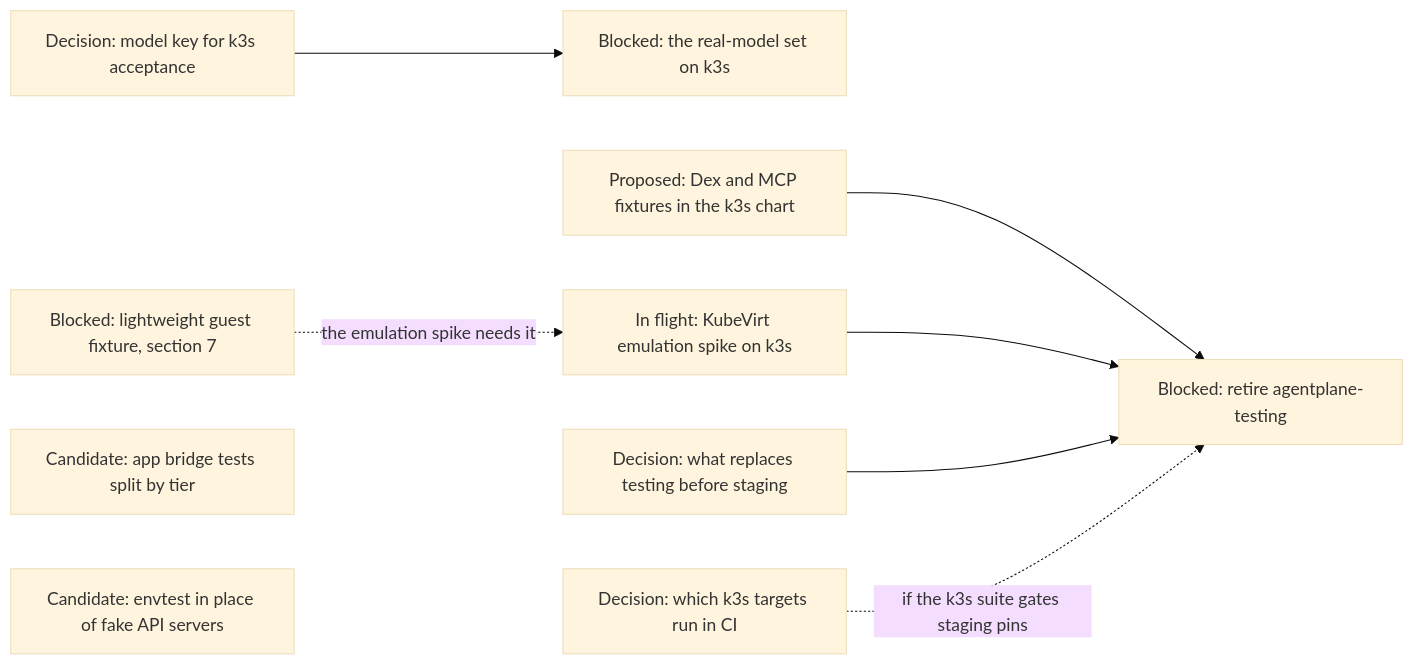
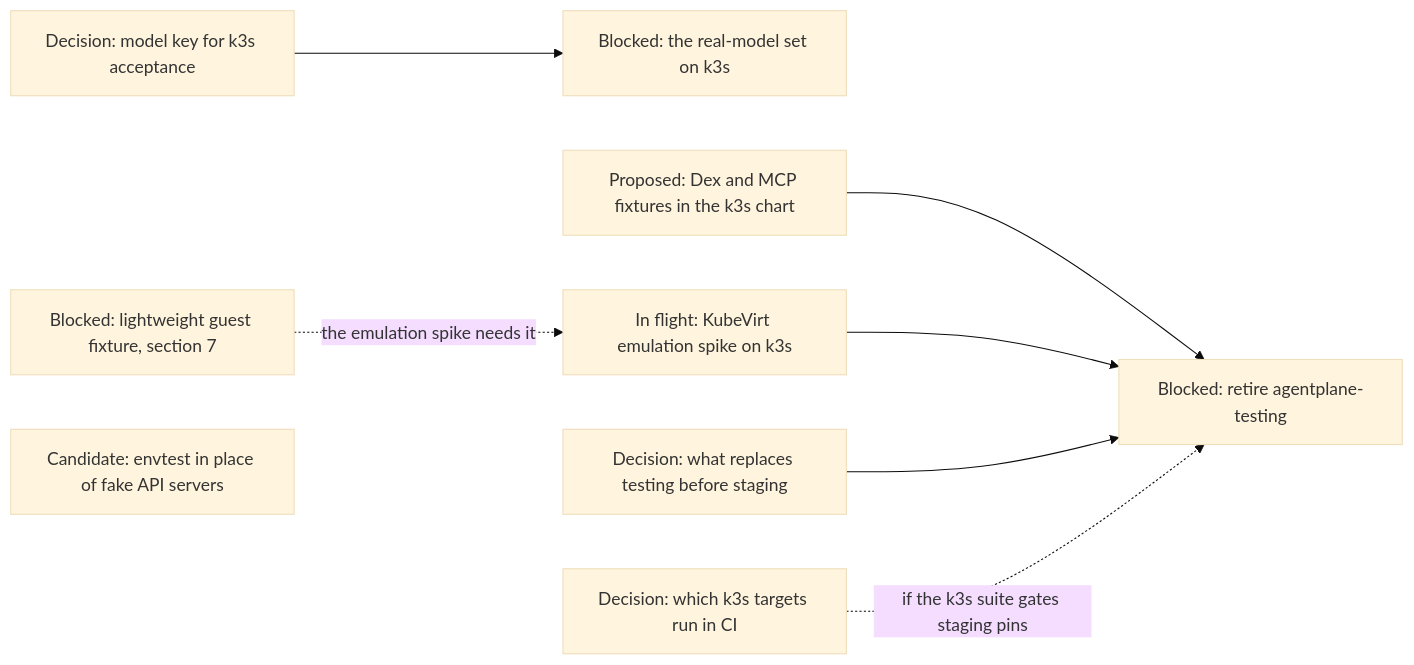
Diagram 17 of 17 in agentplane/plans/task_dag.md (agentydragon-agent/ducktape), drawn with Mermaid (base theme) before and after one commit. The commit also changed other lines of this file and 19 other files, not shown here.

````diff
--- a/agentplane/plans/task_dag.md
+++ b/agentplane/plans/task_dag.md
@@ -1948,19 +1948,18 @@
 ```mermaid
 flowchart LR
     K3S_MODEL_CREDENTIALS[Decision: model key for k3s acceptance]
     K3S_MODEL_SCENARIOS[Blocked: the real-model set on k3s]
     K3S_FIXTURE_IDENTITY[Proposed: Dex and MCP fixtures in the k3s chart]
     K3S_VM_ACCEPTANCE[In flight: KubeVirt emulation spike on k3s]
     K3S_VM_IMAGE[Blocked: lightweight guest fixture, section 7]
     TESTING_ROLLOUT_ROLE[Decision: what replaces testing before staging]
     TESTING_ENVIRONMENT_RETIRE[Blocked: retire agentplane-testing]
     K3S_CI_TIER[Decision: which k3s targets run in CI]
-    APP_BRIDGE_TEST_SPLIT[Candidate: app bridge tests split by tier]
     FAKE_APISERVERS_TO_ENVTEST[Candidate: envtest in place of fake API servers]
     K3S_MODEL_CREDENTIALS --> K3S_MODEL_SCENARIOS
     K3S_VM_IMAGE -. the emulation spike needs it .-> K3S_VM_ACCEPTANCE
     K3S_FIXTURE_IDENTITY --> TESTING_ENVIRONMENT_RETIRE
     K3S_VM_ACCEPTANCE --> TESTING_ENVIRONMENT_RETIRE
     TESTING_ROLLOUT_ROLE --> TESTING_ENVIRONMENT_RETIRE
     K3S_CI_TIER -. if the k3s suite gates staging pins .-> TESTING_ENVIRONMENT_RETIRE
 ```
````
